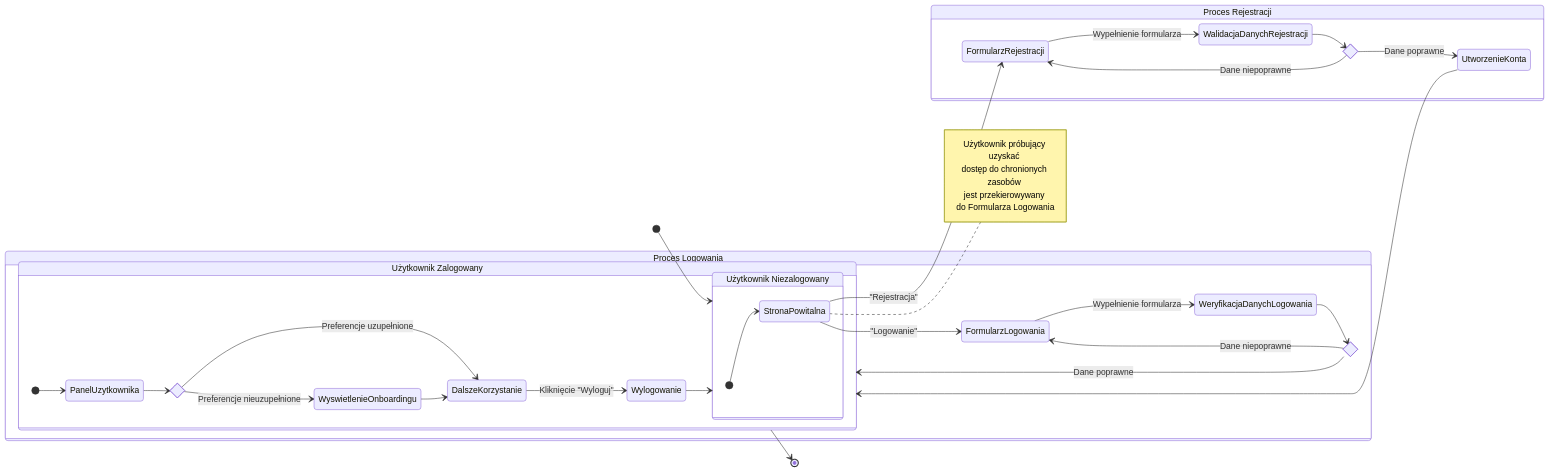
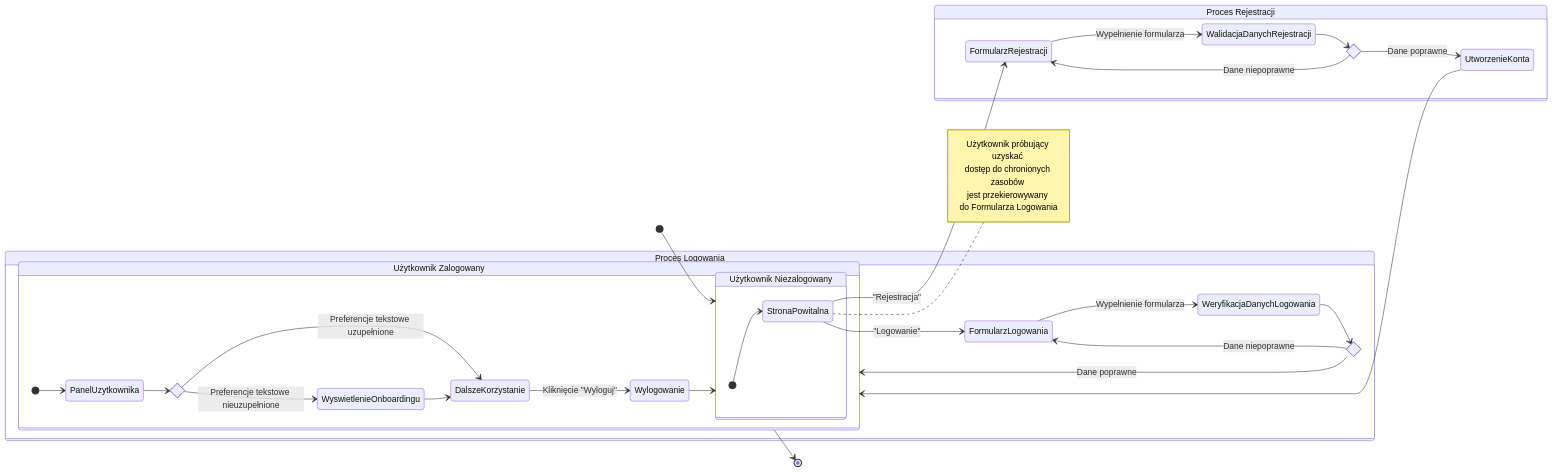
One commit to kszatkowski/HealthyMeal changed the diagram in .ai/diagrams/journey.md. Above: the diagram before and after it, drawn with Mermaid. The commit also changed other lines of this file and 34 other files, not shown here.

````diff
--- a/.ai/diagrams/journey.md
+++ b/.ai/diagrams/journey.md
@@ -40,53 +40,53 @@
 ```mermaid
 stateDiagram-v2
     direction LR
     [*] --> Niezalogowany
 
     state "Użytkownik Niezalogowany" as Niezalogowany {
         [*] --> StronaPowitalna
         StronaPowitalna --> FormularzLogowania: "Logowanie"
         StronaPowitalna --> FormularzRejestracji: "Rejestracja"
         
         note right of StronaPowitalna
             Użytkownik próbujący uzyskać 
             dostęp do chronionych zasobów 
             jest przekierowywany 
             do Formularza Logowania
         end note
     }
 
     state "Proces Rejestracji" as Rejestracja {
         FormularzRejestracji --> WalidacjaDanychRejestracji: Wypełnienie formularza
         
         state if_rejestracja_valid <<choice>>
         WalidacjaDanychRejestracji --> if_rejestracja_valid
         if_rejestracja_valid --> UtworzenieKonta: Dane poprawne
         if_rejestracja_valid --> FormularzRejestracji: Dane niepoprawne
         
         UtworzenieKonta --> Zalogowany
     }
 
     state "Proces Logowania" as Logowanie {
         FormularzLogowania --> WeryfikacjaDanychLogowania: Wypełnienie formularza
         
         state if_logowanie_valid <<choice>>
         WeryfikacjaDanychLogowania --> if_logowanie_valid
         if_logowanie_valid --> Zalogowany: Dane poprawne
         if_logowanie_valid --> FormularzLogowania: Dane niepoprawne
     }
 
     state "Użytkownik Zalogowany" as Zalogowany {
         [*] --> PanelUzytkownika
 
         state if_onboarding <<choice>>
         PanelUzytkownika --> if_onboarding
-        if_onboarding --> WyswietlenieOnboardingu: Preferencje nieuzupełnione
-        if_onboarding --> DalszeKorzystanie: Preferencje uzupełnione
+        if_onboarding --> WyswietlenieOnboardingu: Preferencje tekstowe nieuzupełnione
+        if_onboarding --> DalszeKorzystanie: Preferencje tekstowe uzupełnione
         WyswietlenieOnboardingu --> DalszeKorzystanie
         
         DalszeKorzystanie --> Wylogowanie: Kliknięcie "Wyloguj"
         Wylogowanie --> Niezalogowany
     }
 
     Zalogowany --> [*]
 ```
````
